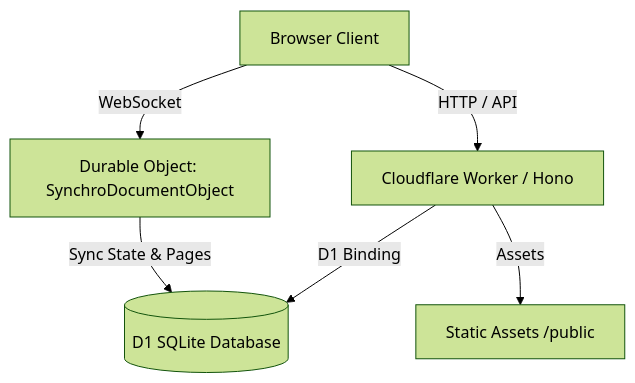
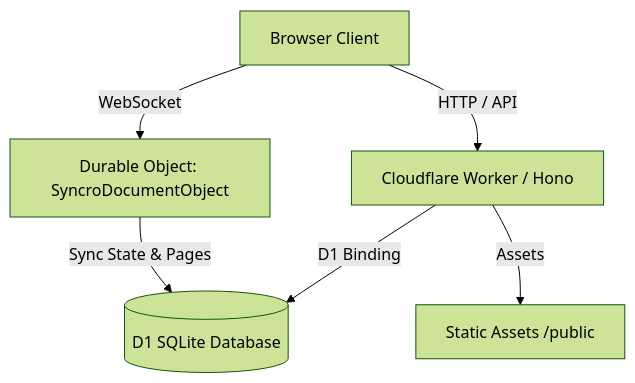
Before and after one commit to golba98/SynchroEdit: the diagram in README.md, drawn with Mermaid (forest theme). The commit also changed other lines of this file and 10 other files, not shown here.

First line of the commit message:
refactor: finish Synchro -> Syncro rename (Durable Object classes)

````diff
--- a/README.md
+++ b/README.md
@@ -16,8 +16,8 @@
 ```mermaid
 graph TD
     Client[Browser Client] -->|HTTP / API| Worker[Cloudflare Worker / Hono]
-    Client -->|WebSocket| DO[Durable Object: SynchroDocumentObject]
+    Client -->|WebSocket| DO[Durable Object: SyncroDocumentObject]
     Worker -->|D1 Binding| D1[(D1 SQLite Database)]
     DO -->|Sync State & Pages| D1
     Worker -->|Assets| CF_Assets[Static Assets /public]
 ```
````
